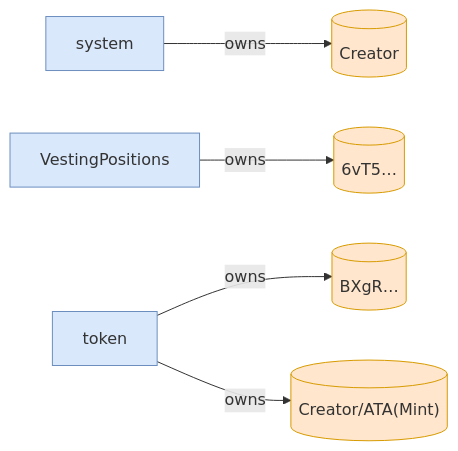
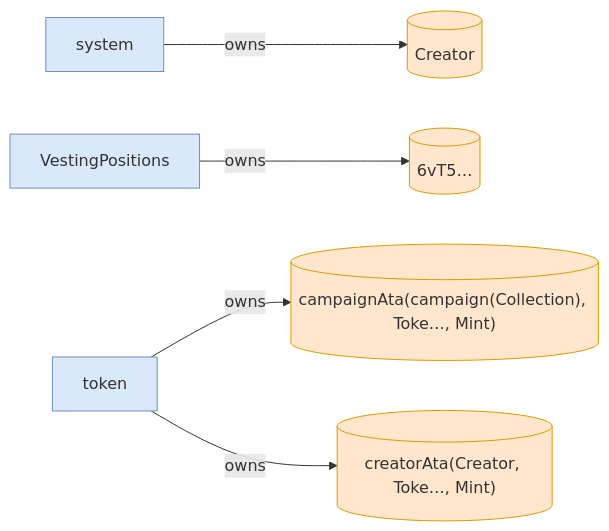
One commit to cds-turbin3/vesting-position changed the sixth of 6 diagrams in babelfish-tests/test-report/clawback_unclaimed_before_grace_fails.md. Above: the diagram before and after it, drawn with Mermaid. The commit also changed other lines of this file and 51 other files, not shown here.

````diff
--- a/babelfish-tests/test-report/clawback_unclaimed_before_grace_fails.md
+++ b/babelfish-tests/test-report/clawback_unclaimed_before_grace_fails.md
@@ -238,17 +213,17 @@
 ```mermaid
 flowchart LR
     system["system"]:::program
     Creator[("Creator")]:::state
     VestingPositions["VestingPositions"]:::program
     6vT5[("6vT5…")]:::state
     token["token"]:::program
-    BXgR[("BXgR…")]:::state
-    CreatorATAMint[("Creator/ATA(Mint)")]:::state
+    campaignAtacampaignCollectionTokeMint[("campaignAta(campaign(Collection), Toke…, Mint)")]:::state
+    creatorAtaCreatorTokeMint[("creatorAta(Creator, Toke…, Mint)")]:::state
     system -->|owns| Creator
     VestingPositions -->|owns| 6vT5
-    token -->|owns| BXgR
-    token -->|owns| CreatorATAMint
+    token -->|owns| campaignAtacampaignCollectionTokeMint
+    token -->|owns| creatorAtaCreatorTokeMint
     classDef program fill:#dae8fc,stroke:#6c8ebf;
     classDef signer fill:#d5e8d4,stroke:#82b366;
     classDef state fill:#ffe6cc,stroke:#d79b00;
 ```
````
